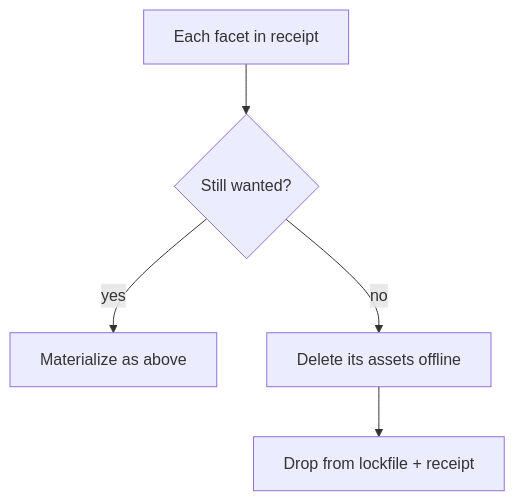
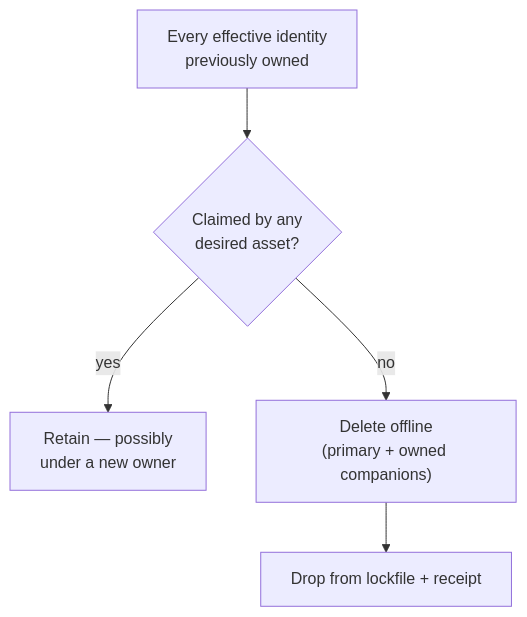
One commit to agent-facets/facets changed the fourth of 5 diagrams in docs/specification/commit.mdx. Above: the diagram before and after it, drawn with Mermaid. The commit also changed other lines of this file and 26 other files, not shown here.

First line of the commit message:
Add cross-facet name collision resolution, asset aliasing/omission, manifest 0.1, lockfile 0.3, and Resolve-all → Compose → Apply pipeline (#482)

````diff
--- a/docs/specification/commit.mdx
+++ b/docs/specification/commit.mdx
@@ -174,7 +229,7 @@
 ```mermaid
 flowchart TD
-    REC["Each facet in receipt"] --> W{"Still wanted?"}
-    W -->|yes| KEEP["Materialize as above"]
-    W -->|no| DROP["Delete its assets offline"]
+    PREV["Every effective identity<br/>previously owned"] --> W{"Claimed by any<br/>desired asset?"}
+    W -->|yes| KEEP["Retain — possibly<br/>under a new owner"]
+    W -->|no| DROP["Delete offline<br/>(primary + owned companions)"]
     DROP --> RM["Drop from lockfile + receipt"]
 ```
````
